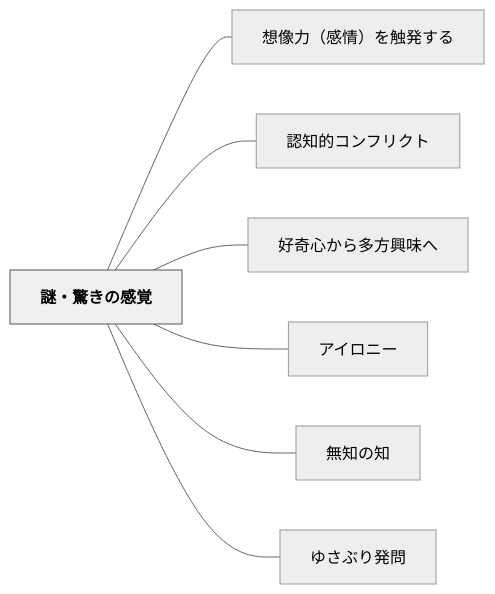
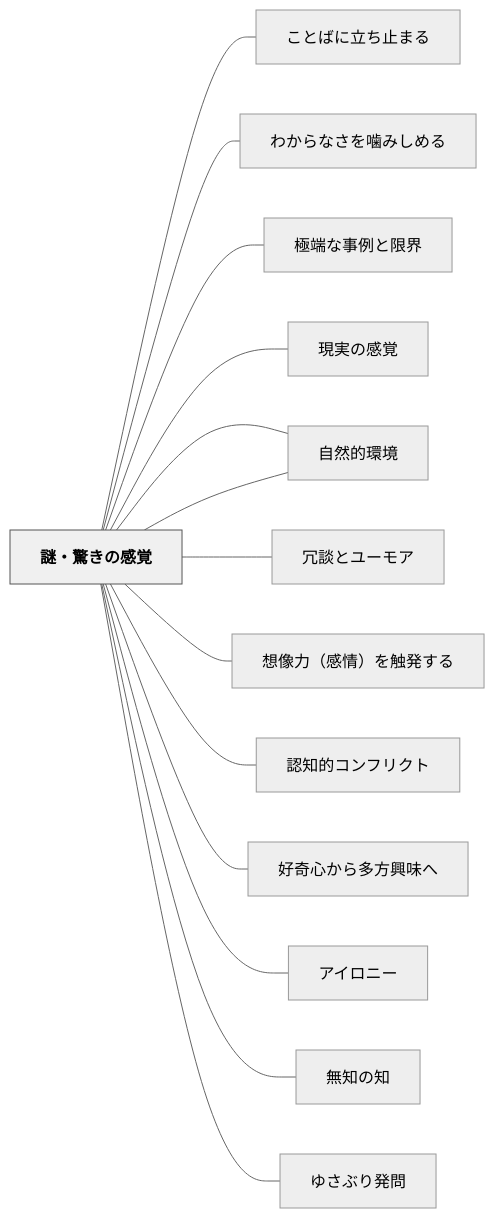
The diagram in content/パタン/謎・驚きの感覚.md (unknownthings-ed-patterns/unknownthings-ed-patterns), drawn with Mermaid (neutral theme) before and after one commit. The commit also changed other lines of this file and 473 other files, not shown here.

````diff
--- a/content/パタン/謎・驚きの感覚.md
+++ b/content/パタン/謎・驚きの感覚.md
@@ -49,20 +56,34 @@
 ```mermaid
 flowchart LR
     ne8ac8ee383bb["謎・驚きの感覚"]
+    ne38193e381a8["ことばに立ち止まる"]
+    ne3828fe3818b["わからなさを噛みしめる"]
+    ne6a5b5e7abaf["極端な事例と限界"]
+    ne78fbee5ae9f["現実の感覚"]
+    ne887aae784b6["自然現象"]
+    ne887aae784b6["自然的環境"]
+    ne58697e8ab87["冗談とユーモア"]
     ne683b3e5838f["想像力（感情）を触発する"]
     ne8aa8de79fa5["認知的コンフリクト"]
     ne5a5bde5a587["好奇心から多方興味へ"]
     ne382a2e382a4["アイロニー"]
     ne784a1e79fa5["無知の知"]
     ne38286e38195["ゆさぶり発問"]
 
+    ne8ac8ee383bb --- ne38193e381a8
+    ne8ac8ee383bb --- ne3828fe3818b
+    ne8ac8ee383bb --- ne6a5b5e7abaf
+    ne8ac8ee383bb --- ne78fbee5ae9f
+    ne8ac8ee383bb --- ne887aae784b6
+    ne8ac8ee383bb --- ne887aae784b6
+    ne8ac8ee383bb --- ne58697e8ab87
     ne8ac8ee383bb --- ne683b3e5838f
     ne8ac8ee383bb --- ne8aa8de79fa5
     ne8ac8ee383bb --- ne5a5bde5a587
     ne8ac8ee383bb --- ne382a2e382a4
     ne8ac8ee383bb --- ne784a1e79fa5
     ne8ac8ee383bb --- ne38286e38195
 
     classDef hub fill:#f0f0f0,stroke:#555,color:#000,font-weight:bold
     class ne8ac8ee383bb hub
 ```
````
